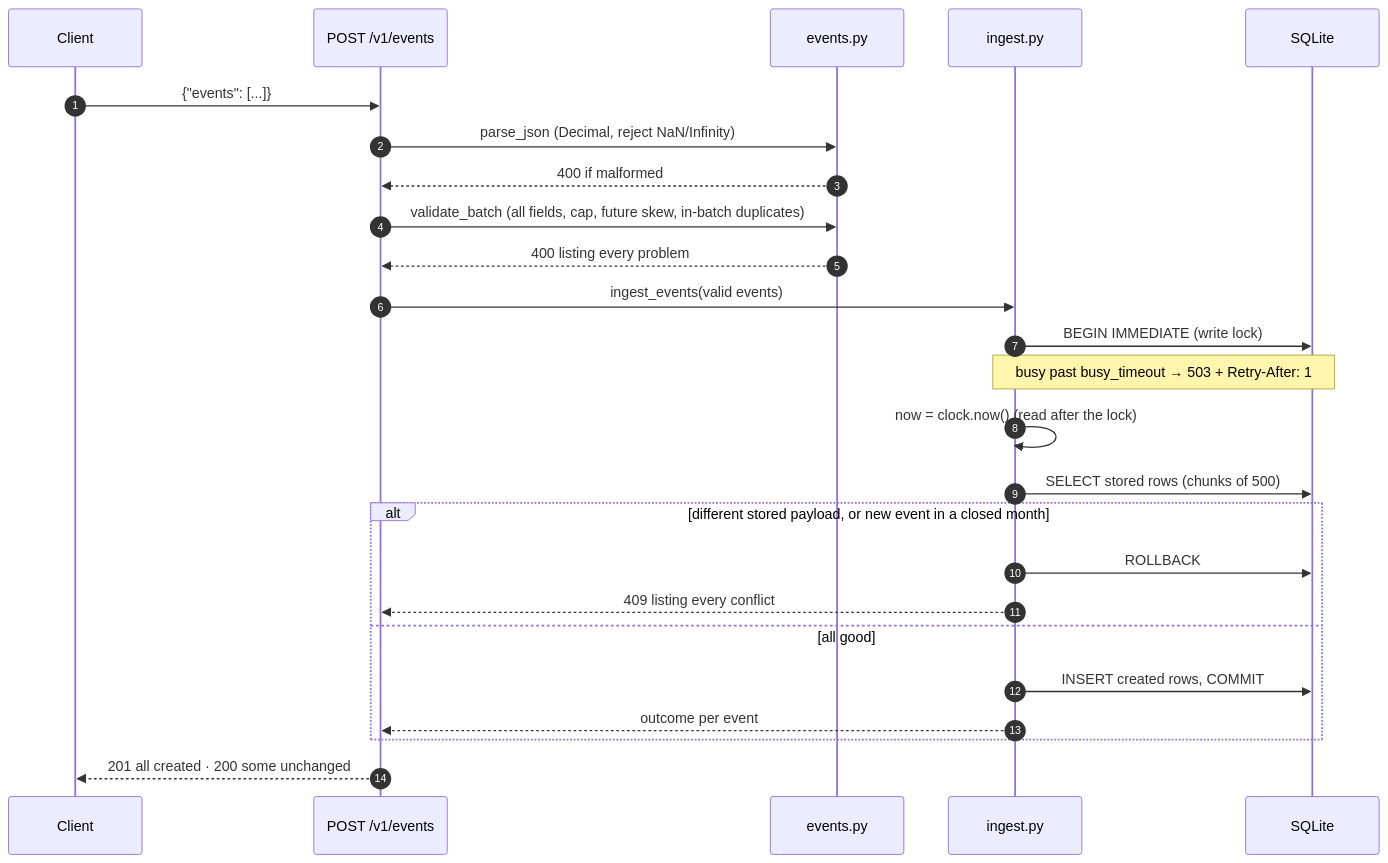
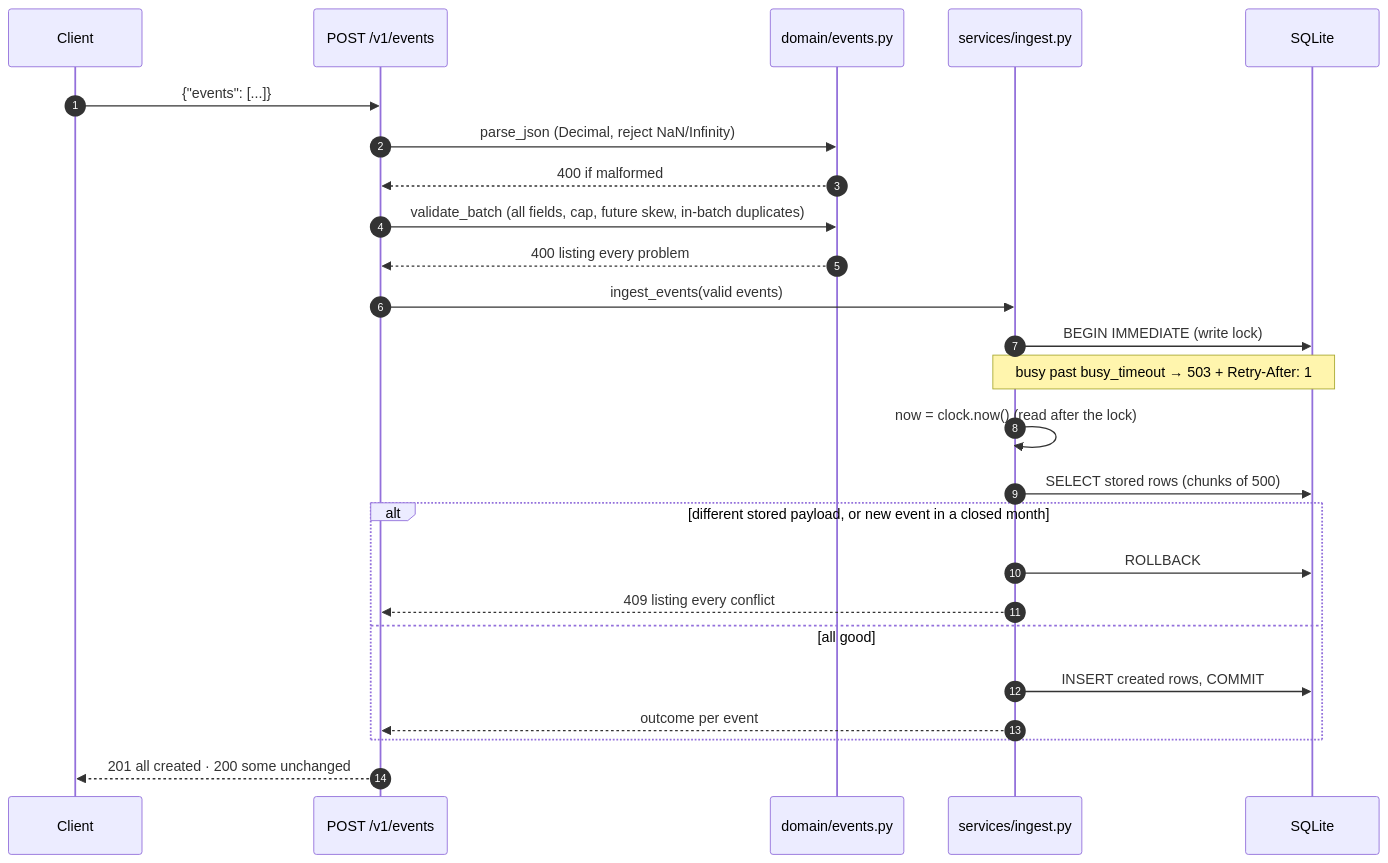
The second of 4 diagrams in docs/ARCHITECTURE.md (notsatan-labs/billing-service), drawn with Mermaid before and after one commit. The commit also changed other lines of this file and 39 other files, not shown here.

First line of the commit message:
Refactor: Organize Package into API, Domain, Services and Storage

````diff
--- a/docs/ARCHITECTURE.md
+++ b/docs/ARCHITECTURE.md
@@ -64,28 +64,28 @@
 ```mermaid
 sequenceDiagram
     autonumber
     participant C as Client
     participant R as POST /v1/events
-    participant V as events.py
-    participant I as ingest.py
+    participant V as domain/events.py
+    participant I as services/ingest.py
     participant D as SQLite
 
     C->>R: {"events": [...]}
     R->>V: parse_json (Decimal, reject NaN/Infinity)
     V-->>R: 400 if malformed
     R->>V: validate_batch (all fields, cap, future skew, in-batch duplicates)
     V-->>R: 400 listing every problem
     R->>I: ingest_events(valid events)
     I->>D: BEGIN IMMEDIATE (write lock)
     Note over I,D: busy past busy_timeout → 503 + Retry-After: 1
     I->>I: now = clock.now() (read after the lock)
     I->>D: SELECT stored rows (chunks of 500)
     alt different stored payload, or new event in a closed month
         I->>D: ROLLBACK
         I-->>R: 409 listing every conflict
     else all good
         I->>D: INSERT created rows, COMMIT
         I-->>R: outcome per event
     end
     R-->>C: 201 all created · 200 some unchanged
 ```
````
